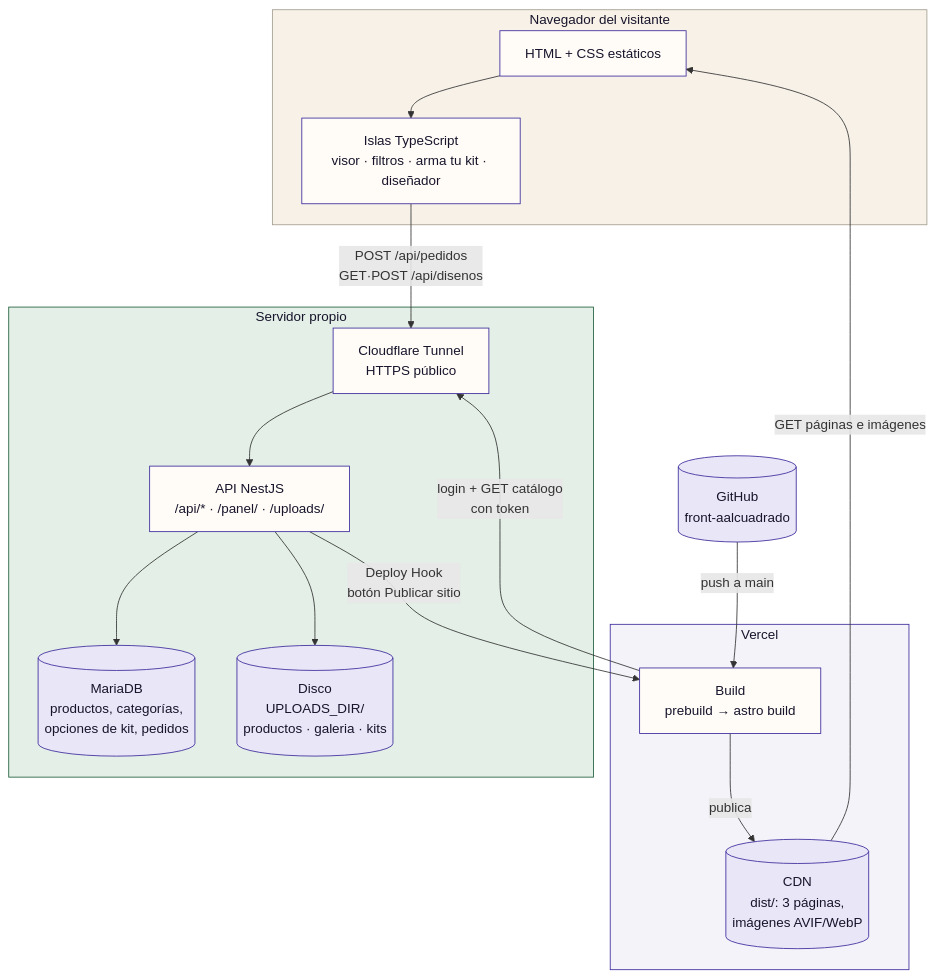
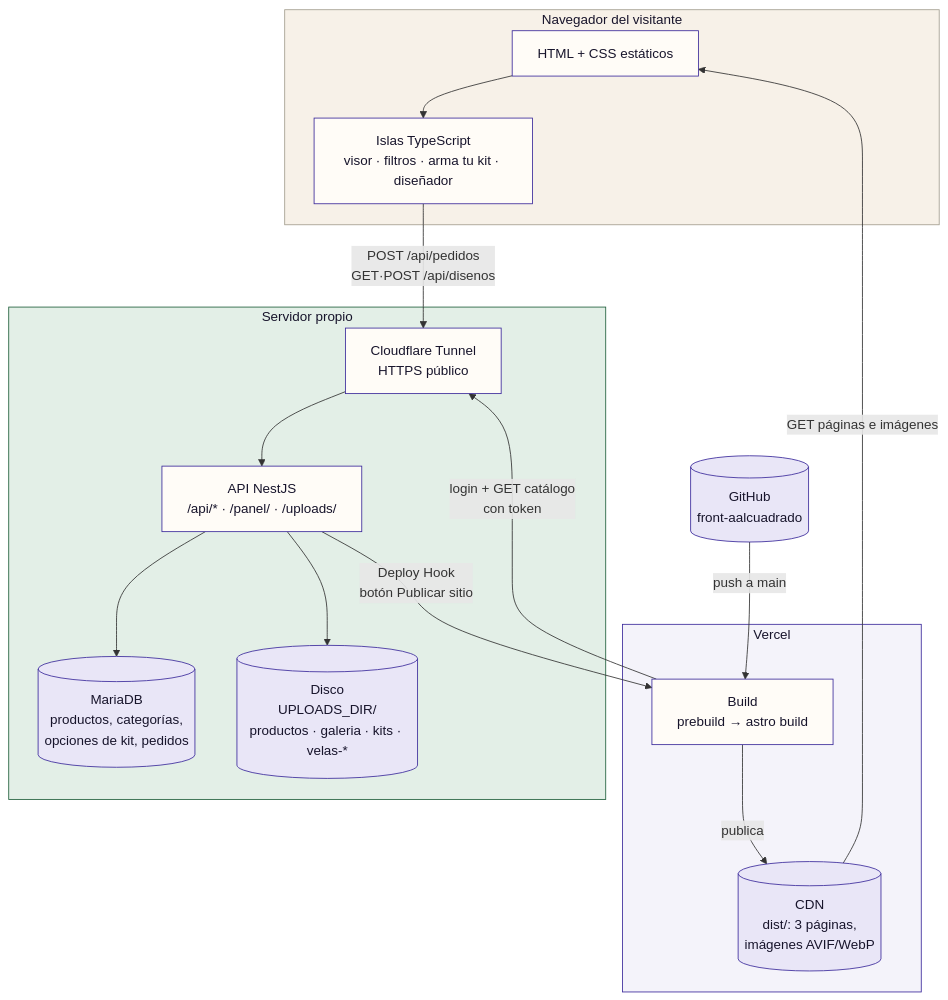
The second of 7 diagrams in README.md (AIMtonio/front-aalcuadrado), drawn with Mermaid before and after one commit. The commit also changed other lines of this file and 36 other files, not shown here.

````diff
--- a/README.md
+++ b/README.md
@@ -97,40 +97,40 @@
 ```mermaid
 flowchart TB
   subgraph cliente["Navegador del visitante"]
     html["HTML + CSS estáticos"]
     islas["Islas TypeScript<br/>visor · filtros · arma tu kit · diseñador"]
   end
 
   subgraph vercel["Vercel"]
     cdn[("CDN<br/>dist/: 3 páginas,<br/>imágenes AVIF/WebP")]
     build["Build<br/>prebuild → astro build"]
   end
 
   subgraph casa["Servidor propio"]
     tunel["Cloudflare Tunnel<br/>HTTPS público"]
     nest["API NestJS<br/>/api/*  ·  /panel/  ·  /uploads/"]
     db[("MariaDB<br/>productos, categorías,<br/>opciones de kit, pedidos")]
-    disco[("Disco<br/>UPLOADS_DIR/<br/>productos · galeria · kits")]
+    disco[("Disco<br/>UPLOADS_DIR/<br/>productos · galeria · kits · velas-*")]
   end
 
   repo[("GitHub<br/>front-aalcuadrado")]
 
   html --> islas
   cdn -- "GET páginas e imágenes" --> html
   islas -- "POST /api/pedidos<br/>GET·POST /api/disenos" --> tunel
   tunel --> nest
   nest --> db
   nest --> disco
   repo -- "push a main" --> build
   nest -- "Deploy Hook<br/>botón Publicar sitio" --> build
   build -- "login + GET catálogo<br/>con token" --> tunel
   build -- "publica" --> cdn
 
   classDef nube fill:#fffcf7,stroke:#3b2a9b,color:#17142b
   classDef datos fill:#e9e6f7,stroke:#3b2a9b,color:#17142b
   class html,islas,build,tunel,nest nube
   class cdn,db,disco,repo datos
   style cliente fill:#f7f1e8,stroke:#a39e8f,color:#17142b
   style vercel fill:#f4f3fa,stroke:#3b2a9b,color:#17142b
   style casa fill:#e3efe7,stroke:#1f5e3b,color:#17142b
 ```
````
